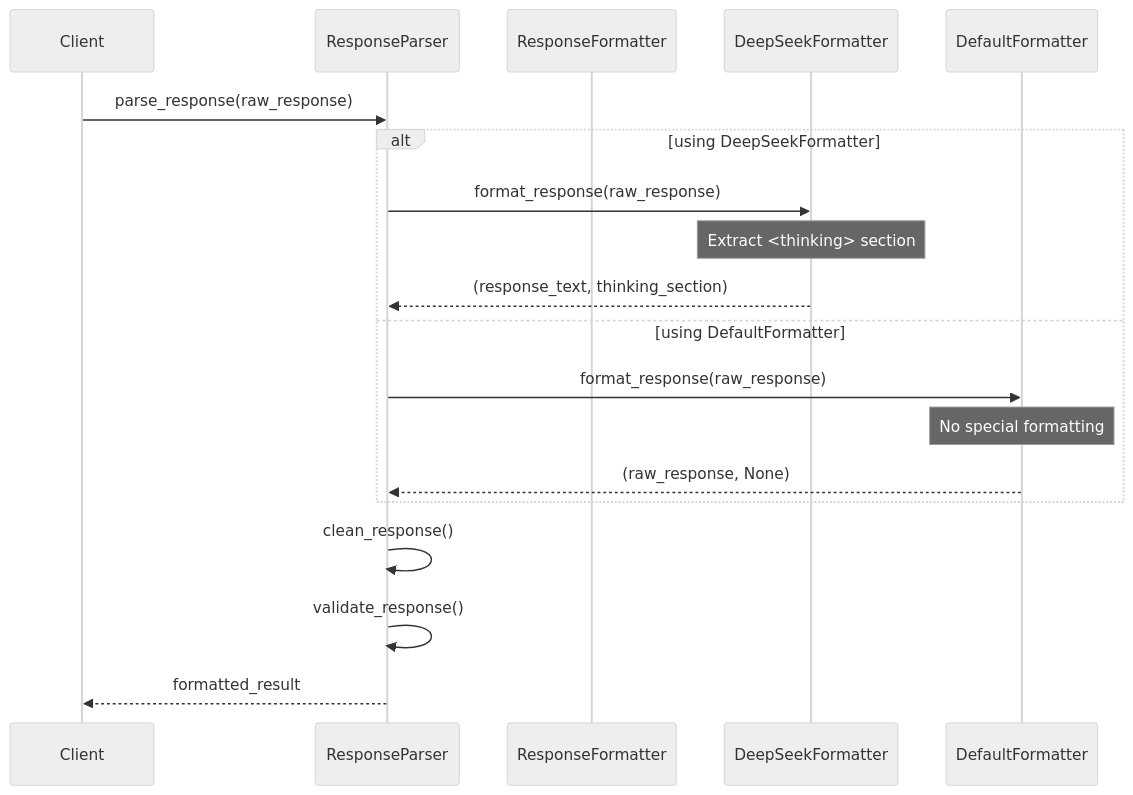
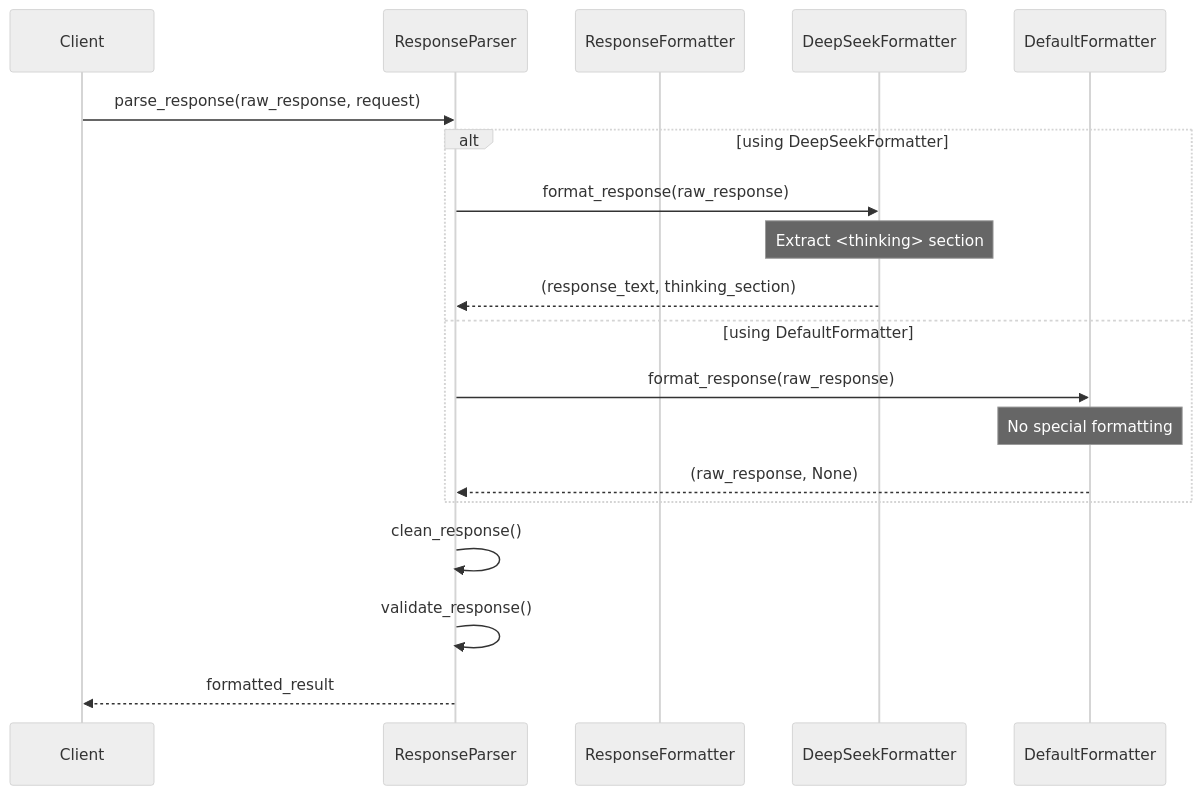
One commit to jbisetto/npc-ai changed the second of 10 diagrams in docs/request_processing_flow.md. Above: the diagram before and after it, drawn with Mermaid (neutral theme). The commit also changed other lines of this file and 13 other files, not shown here.

````diff
--- a/docs/request_processing_flow.md
+++ b/docs/request_processing_flow.md
@@ -41,24 +46,24 @@
 ```mermaid
 sequenceDiagram
     participant Client
     participant ResponseParser
     participant ResponseFormatter
     participant DeepSeekFormatter
     participant DefaultFormatter
 
-    Client->>ResponseParser: parse_response(raw_response)
+    Client->>ResponseParser: parse_response(raw_response, request)
     
     alt using DeepSeekFormatter
         ResponseParser->>DeepSeekFormatter: format_response(raw_response)
         Note over DeepSeekFormatter: Extract <thinking> section
         DeepSeekFormatter-->>ResponseParser: (response_text, thinking_section)
     else using DefaultFormatter
         ResponseParser->>DefaultFormatter: format_response(raw_response)
         Note over DefaultFormatter: No special formatting
         DefaultFormatter-->>ResponseParser: (raw_response, None)
     end
     
     ResponseParser->>ResponseParser: clean_response()
     ResponseParser->>ResponseParser: validate_response()
     ResponseParser-->>Client: formatted_result
 ```
````
